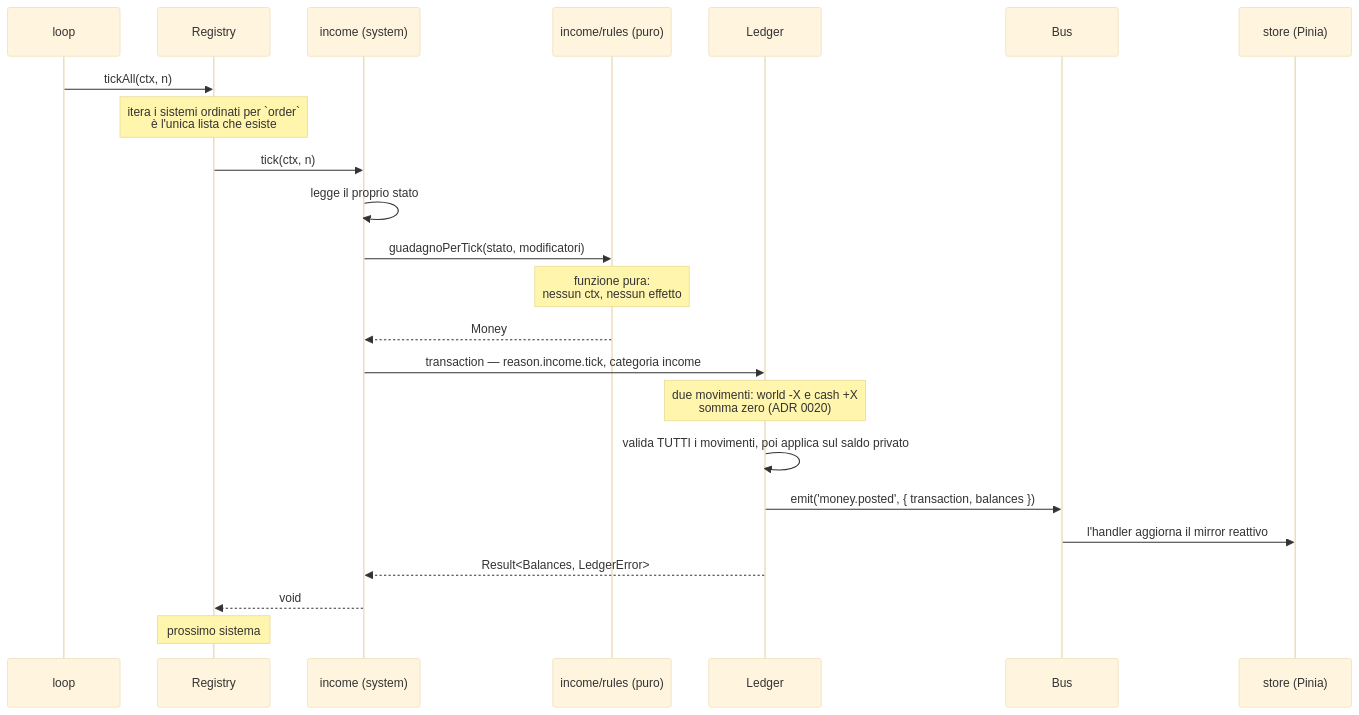
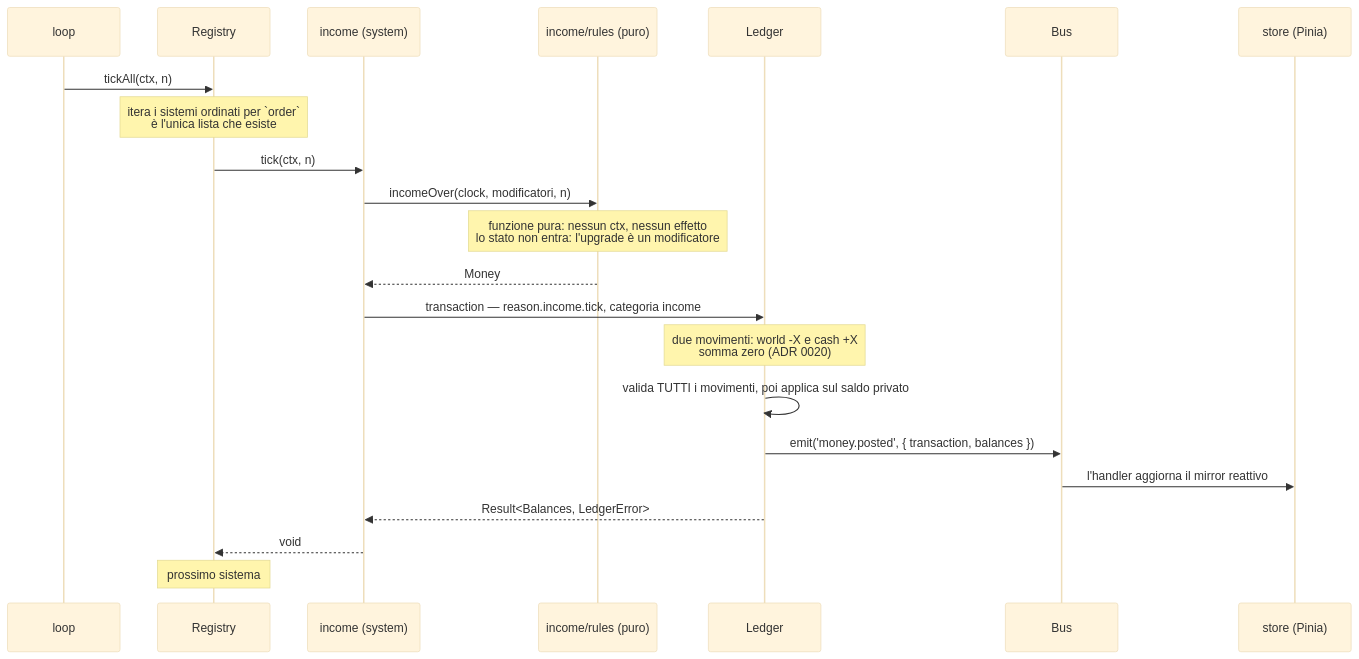
Before and after one commit to devfrx/solvent: the second of 3 diagrams in docs/design/flusso-tick.md, drawn with Mermaid (base theme). The commit also changed other lines of this file and 18 other files, not shown here.

````diff
--- a/docs/design/flusso-tick.md
+++ b/docs/design/flusso-tick.md
@@ -44,26 +43,25 @@
 ```mermaid
 sequenceDiagram
     participant L as loop
     participant R as Registry
     participant S as income (system)
     participant P as income/rules (puro)
     participant LG as Ledger
     participant B as Bus
     participant ST as store (Pinia)
 
     L->>R: tickAll(ctx, n)
     Note over R: itera i sistemi ordinati per `order`<br/>è l'unica lista che esiste
     R->>S: tick(ctx, n)
-    S->>S: legge il proprio stato
-    S->>P: guadagnoPerTick(stato, modificatori)
-    Note over P: funzione pura:<br/>nessun ctx, nessun effetto
+    S->>P: incomeOver(clock, modificatori, n)
+    Note over P: funzione pura: nessun ctx, nessun effetto<br/>lo stato non entra: l'upgrade è un modificatore
     P-->>S: Money
     S->>LG: transaction — reason.income.tick, categoria income
     Note over LG: due movimenti: world -X e cash +X<br/>somma zero (ADR 0020)
     LG->>LG: valida TUTTI i movimenti, poi applica sul saldo privato
     LG->>B: emit('money.posted', { transaction, balances })
     B->>ST: l'handler aggiorna il mirror reattivo
     LG-->>S: Result<Balances, LedgerError>
     S-->>R: void
     Note over R: prossimo sistema
 ```
````
